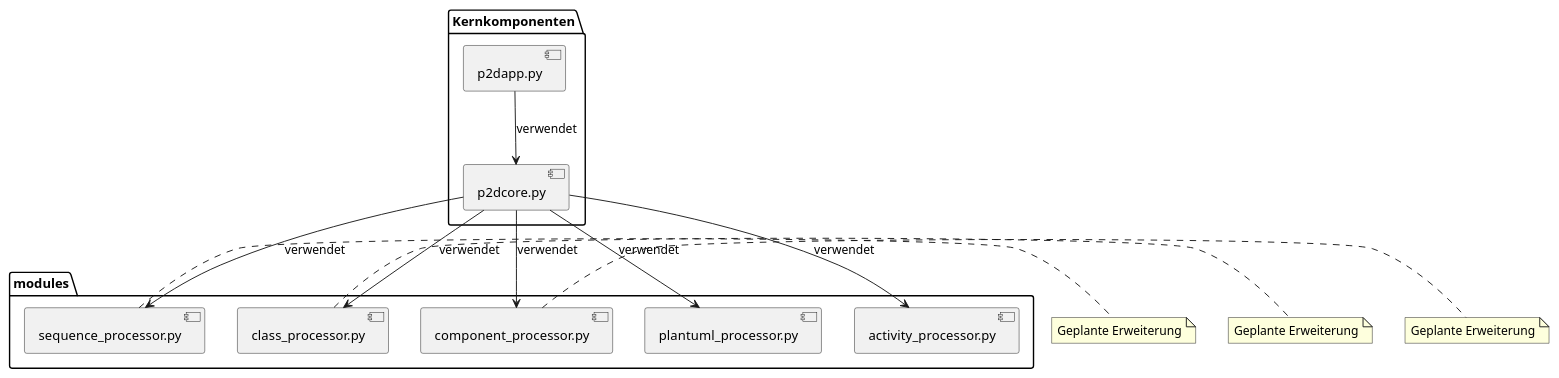
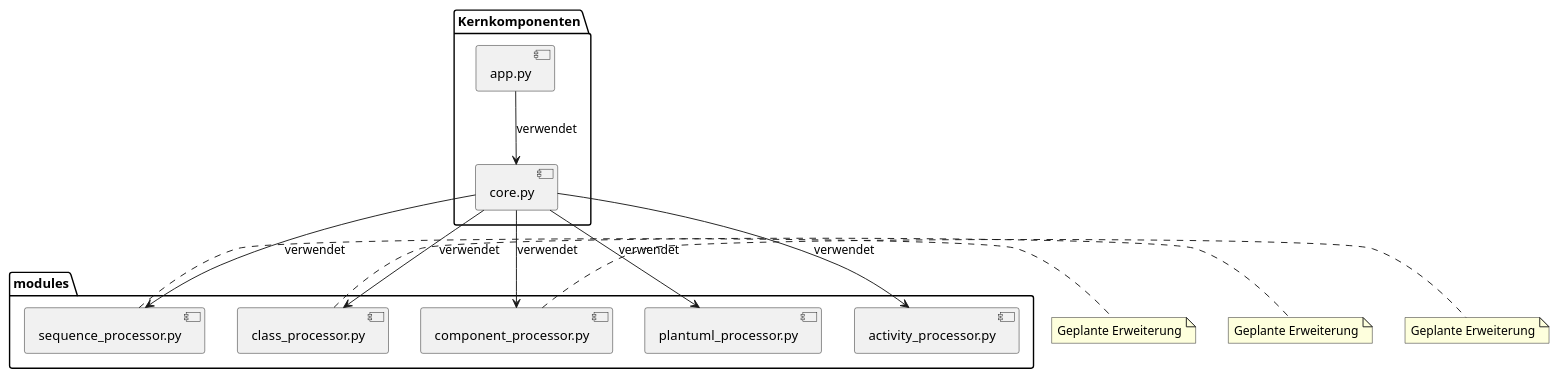
Before and after one commit to doubleSlashde/plantuml2drawio: the second of 2 diagrams in docs/Systemarchitektur.md, drawn with PlantUML. The commit also changed other lines of this file and 44 other files, not shown here.

````diff
--- a/docs/Systemarchitektur.md
+++ b/docs/Systemarchitektur.md
@@ -114,30 +93,30 @@
 ```plantuml
 @startuml
 
 package "Kernkomponenten" {
-  [p2dcore.py] as Core
-  [p2dapp.py] as App
+  [core.py] as Core
+  [app.py] as App
 }
 
 package "modules" {
   [plantuml_processor.py] as PlantUMLProcessor
   [activity_processor.py] as ActivityProcessor
   [sequence_processor.py] as SequenceProcessor
   [class_processor.py] as ClassProcessor
   [component_processor.py] as ComponentProcessor
 }
 
 Core --> PlantUMLProcessor : verwendet
 App --> Core : verwendet
 
 Core --> ActivityProcessor : verwendet
 Core --> SequenceProcessor : verwendet
 Core --> ClassProcessor : verwendet
 Core --> ComponentProcessor : verwendet
 
 note right of SequenceProcessor: Geplante Erweiterung
 note right of ClassProcessor: Geplante Erweiterung
 note right of ComponentProcessor: Geplante Erweiterung
 
 @enduml
 ```
````
